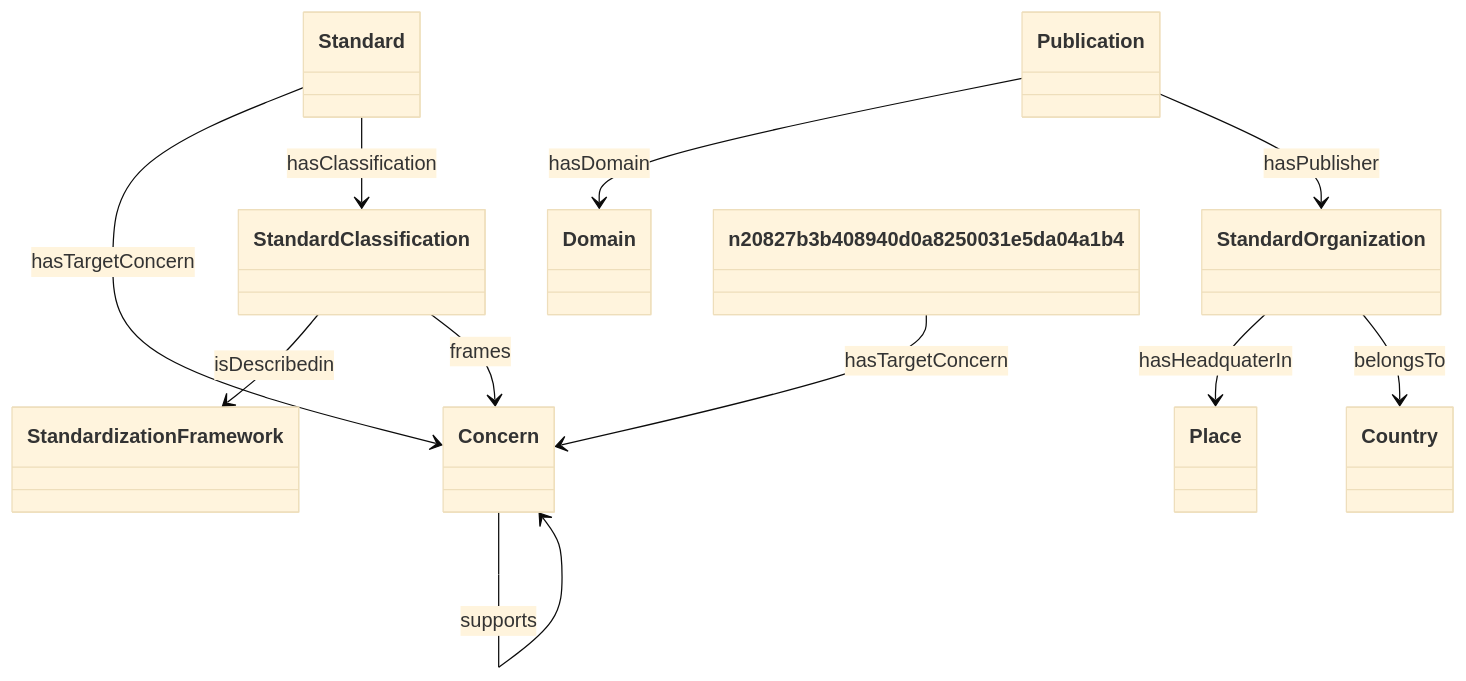
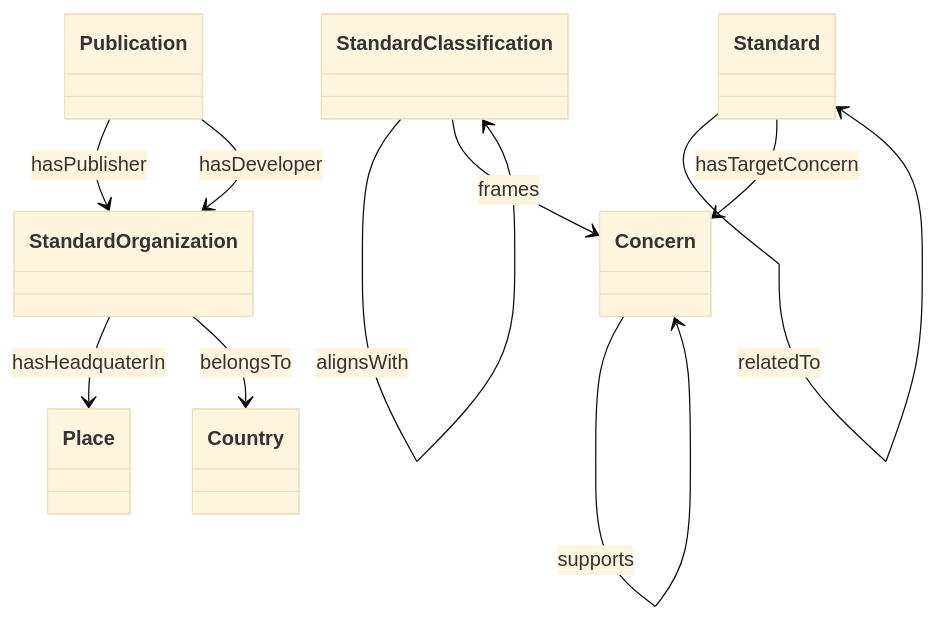
The diagram in output/ieswc_freq/i40.ttl-freq-5-10.md (oeg-upm/Devos), drawn with Mermaid (base theme) before and after one commit. The commit also changed 206 other files, not shown here.

````diff
--- a/output/ieswc_freq/i40.ttl-freq-5-10.md
+++ b/output/ieswc_freq/i40.ttl-freq-5-10.md
@@ -1,47 +1,47 @@
 ```mermaid
 	classDiagram
 
     
     class StandardClassification {
     
     }
 
     class Publication {
     
     }
 
     class Concern {
     
     }
 
     class Standard {
     
     }
 
     class StandardOrganization {
     
     }
 
 
 
-Publication  --> Domain   :hasDomain  
+StandardClassification  --> StandardClassification   :alignesWith  
 
-StandardOrganization  --> Place   :hasHeadquaterIn  
+Standard  --> Standard   :relatedTo  
+
+Concern  --> Concern   :supports  
+
+Publication  --> StandardOrganization   :hasPublisher  
 
 Standard  --> Concern   :hasTargetConcern  
 
-Standard  --> StandardClassification   :hasClassification  
-
-Concern  --> Concern   :supports  
-
-StandardClassification  --> StandardizationFramework   :isDescribedin  
+StandardClassification  --> StandardClassification   :alignsWith  
 
 StandardClassification  --> Concern   :frames  
 
-Publication  --> StandardOrganization   :hasPublisher  
+Publication  --> StandardOrganization   :hasDeveloper  
 
-n20827b3b408940d0a8250031e5da04a1b4  --> Concern   :hasTargetConcern  
+StandardOrganization  --> Place   :hasHeadquaterIn  
 
 StandardOrganization  --> Country   :belongsTo  
 
 ```
````
